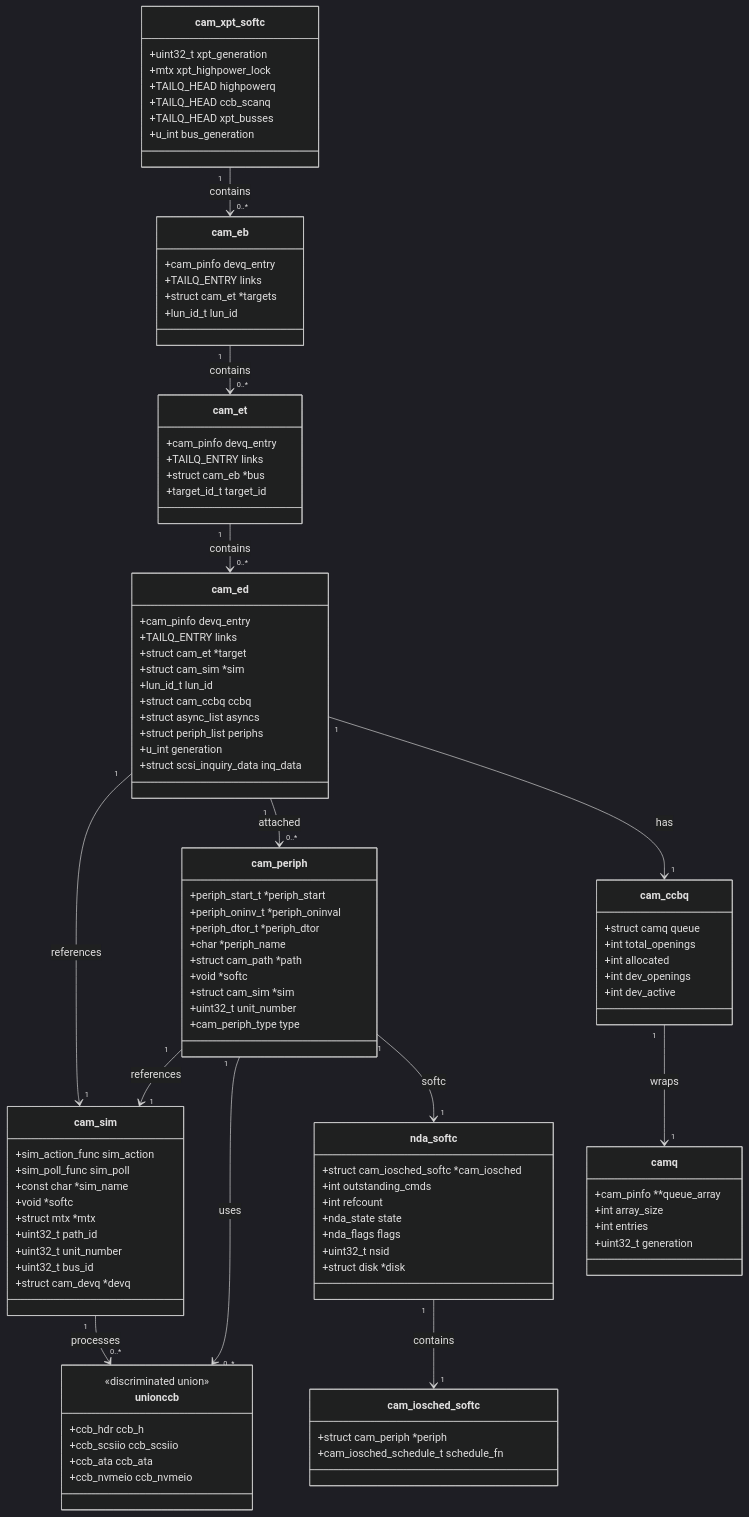
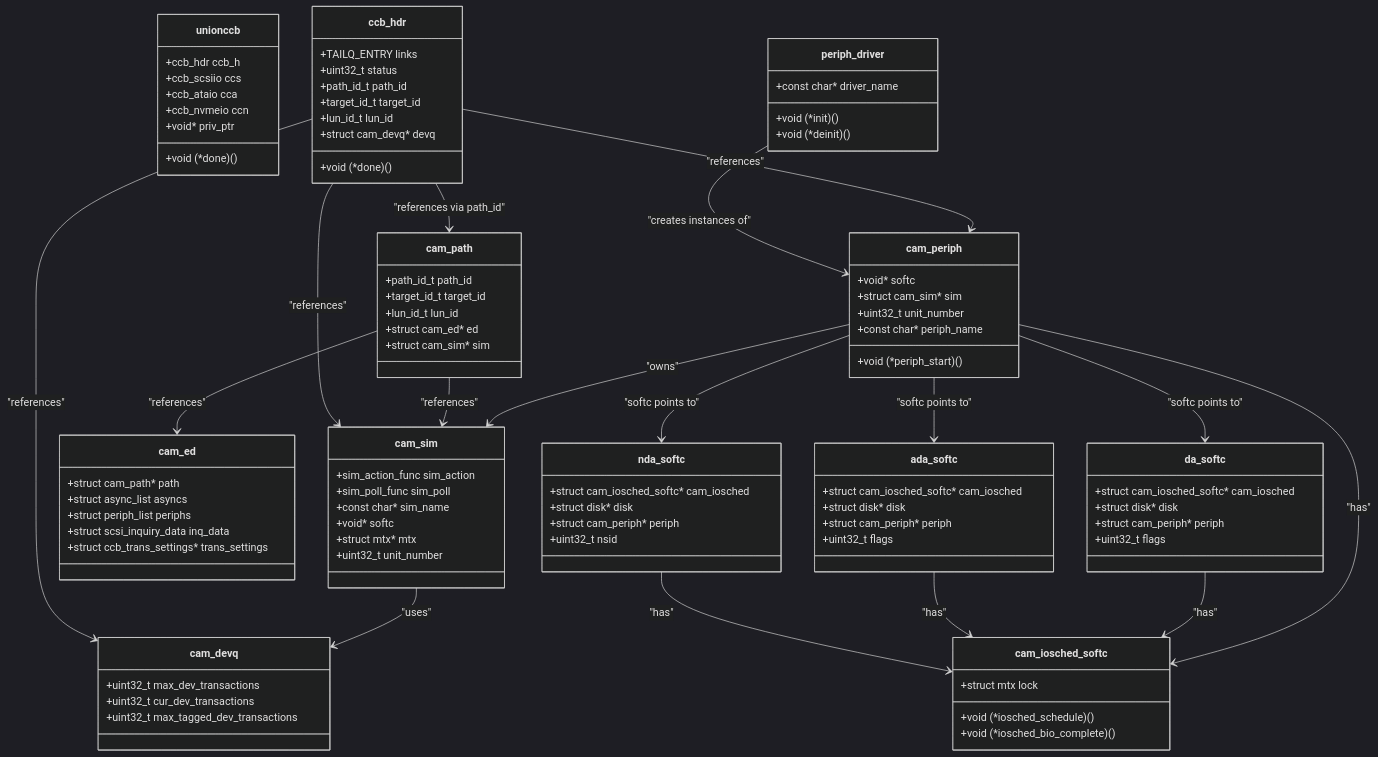
The diagram in sys/cam/README.md (ocochard/freebsd-src), drawn with Mermaid (dark theme) before and after one commit. The commit also changed other lines of this file and 25 other files, not shown here.

````diff
--- a/sys/cam/README.md
+++ b/sys/cam/README.md
@@ -323,103 +506,99 @@
 ```mermaid
 classDiagram
-    class cam_xpt_softc {
-        +uint32_t xpt_generation
-        +mtx xpt_highpower_lock
-        +TAILQ_HEAD highpowerq
-        +TAILQ_HEAD ccb_scanq
-        +TAILQ_HEAD xpt_busses
-        +u_int bus_generation
+    class union ccb {
+        +ccb_hdr ccb_h
+        +ccb_scsiio ccs
+        +ccb_ataio cca
+        +ccb_nvmeio ccn
+        +void* priv_ptr
+        +void (*done)()
     }
-    class cam_eb {
-        +cam_pinfo devq_entry
+    class ccb_hdr {
         +TAILQ_ENTRY links
-        +struct cam_et *targets
+        +uint32_t status
+        +path_id_t path_id
+        +target_id_t target_id
         +lun_id_t lun_id
+        +void (*done)()
+        +struct cam_devq* devq
     }
-    class cam_et {
-        +cam_pinfo devq_entry
-        +TAILQ_ENTRY links
-        +struct cam_eb *bus
-        +target_id_t target_id
-    }
-    class cam_ed {
-        +cam_pinfo devq_entry
-        +TAILQ_ENTRY links
-        +struct cam_et *target
-        +struct cam_sim *sim
-        +lun_id_t lun_id
-        +struct cam_ccbq ccbq
-        +struct async_list asyncs
-        +struct periph_list periphs
-        +u_int generation
-        +struct scsi_inquiry_data inq_data
+    class cam_periph {
+        +void (*periph_start)()
+        +void* softc
+        +struct cam_sim* sim
+        +uint32_t unit_number
+        +const char* periph_name
     }
     class cam_sim {
         +sim_action_func sim_action
         +sim_poll_func sim_poll
-        +const char *sim_name
-        +void *softc
-        +struct mtx *mtx
-        +uint32_t path_id
+        +const char* sim_name
+        +void* softc
+        +struct mtx* mtx
         +uint32_t unit_number
-        +uint32_t bus_id
-        +struct cam_devq *devq
     }
-    class cam_periph {
-        +periph_start_t *periph_start
-        +periph_oninv_t *periph_oninval
-        +periph_dtor_t *periph_dtor
-        +char *periph_name
-        +struct cam_path *path
-        +void *softc
-        +struct cam_sim *sim
-        +uint32_t unit_number
-        +cam_periph_type type
+    class cam_path {
+        +path_id_t path_id
+        +target_id_t target_id
+        +lun_id_t lun_id
+        +struct cam_ed* ed
+        +struct cam_sim* sim
     }
-    class cam_ccbq {
-        +struct camq queue
-        +int total_openings
-        +int allocated
-        +int dev_openings
-        +int dev_active
+    class cam_ed {
+        +struct cam_path* path
+        +struct async_list asyncs
+        +struct periph_list periphs
+        +struct scsi_inquiry_data inq_data
+        +struct ccb_trans_settings* trans_settings
     }
-    class camq {
-        +cam_pinfo **queue_array
-        +int array_size
-        +int entries
-        +uint32_t generation
+    class cam_devq {
+        +uint32_t max_dev_transactions
+        +uint32_t cur_dev_transactions
+        +uint32_t max_tagged_dev_transactions
     }
-    class union ccb {
-        <<discriminated union>>
-        +ccb_hdr ccb_h
-        +ccb_scsiio ccb_scsiio
-        +ccb_ata ccb_ata
-        +ccb_nvmeio ccb_nvmeio
+    class cam_iosched_softc {
+        +void (*iosched_schedule)()
+        +void (*iosched_bio_complete)()
+        +struct mtx lock
+    }
+    class periph_driver {
+        +void (*init)()
+        +const char* driver_name
+        +void (*deinit)()
+    }
+    class da_softc {
+        +struct cam_iosched_softc* cam_iosched
+        +struct disk* disk
+        +struct cam_periph* periph
+        +uint32_t flags
+    }
+    class ada_softc {
+        +struct cam_iosched_softc* cam_iosched
+        +struct disk* disk
+        +struct cam_periph* periph
+        +uint32_t flags
     }
     class nda_softc {
-        +struct cam_iosched_softc *cam_iosched
-        +int outstanding_cmds
-        +int refcount
-        +nda_state state
-        +nda_flags flags
+        +struct cam_iosched_softc* cam_iosched
+        +struct disk* disk
+        +struct cam_periph* periph
         +uint32_t nsid
-        +struct disk *disk
-    }
-    class cam_iosched_softc {
-        +struct cam_periph *periph
-        +cam_iosched_schedule_t schedule_fn
     }
 
-    cam_xpt_softc "1" --> "0..*" cam_eb : contains
-    cam_eb "1" --> "0..*" cam_et : contains
-    cam_et "1" --> "0..*" cam_ed : contains
-    cam_ed "1" --> "1" cam_sim : references
-    cam_ed "1" --> "0..*" cam_periph : attached
-    cam_ed "1" --> "1" cam_ccbq : has
-    cam_ccbq "1" --> "1" camq : wraps
-    cam_periph "1" --> "1" cam_sim : references
-    cam_periph "1" --> "0..*" union ccb : uses
-    cam_sim "1" --> "0..*" union ccb : processes
-    nda_softc "1" --> "1" cam_iosched_softc : contains
-    cam_periph "1" --> "1" nda_softc : softc
+    cam_periph --> cam_sim : "owns"
+    cam_periph --> da_softc : "softc points to"
+    cam_periph --> ada_softc : "softc points to"
+    cam_periph --> nda_softc : "softc points to"
+    cam_path --> cam_ed : "references"
+    cam_path --> cam_sim : "references"
+    cam_sim --> cam_devq : "uses"
+    cam_periph --> cam_iosched_softc : "has"
+    da_softc --> cam_iosched_softc : "has"
+    ada_softc --> cam_iosched_softc : "has"
+    nda_softc --> cam_iosched_softc : "has"
+    ccb_hdr --> cam_path : "references via path_id"
+    ccb_hdr --> cam_periph : "references"
+    ccb_hdr --> cam_sim : "references"
+    ccb_hdr --> cam_devq : "references"
+    periph_driver --> cam_periph : "creates instances of"
 ```
````
